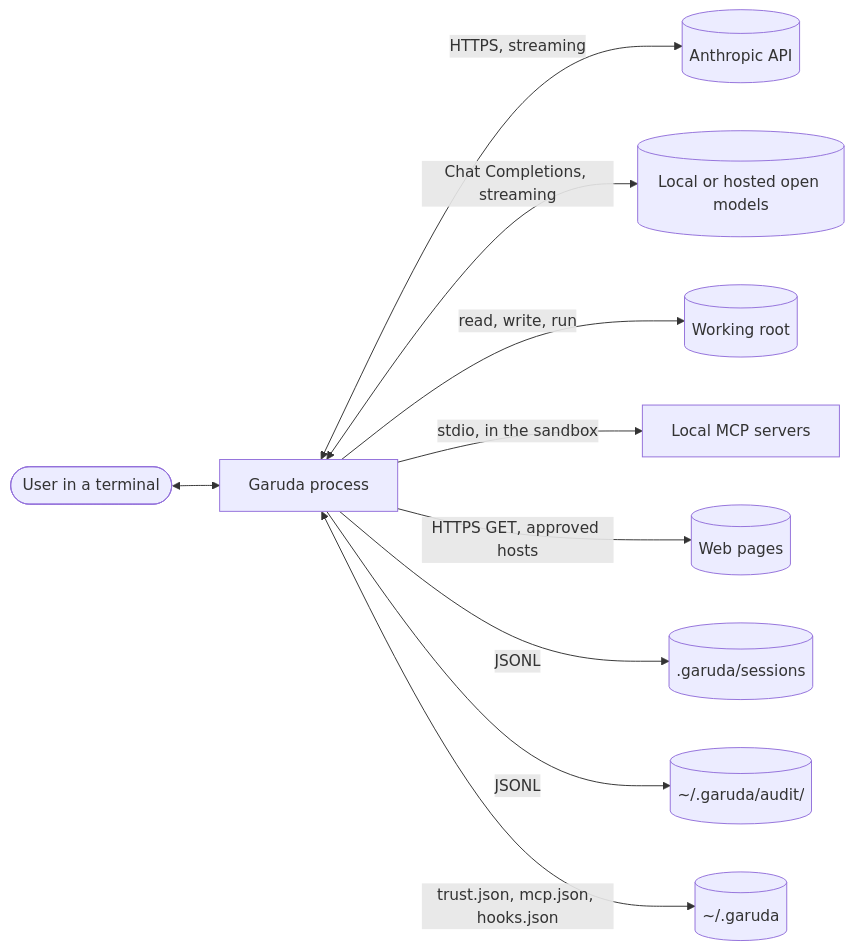
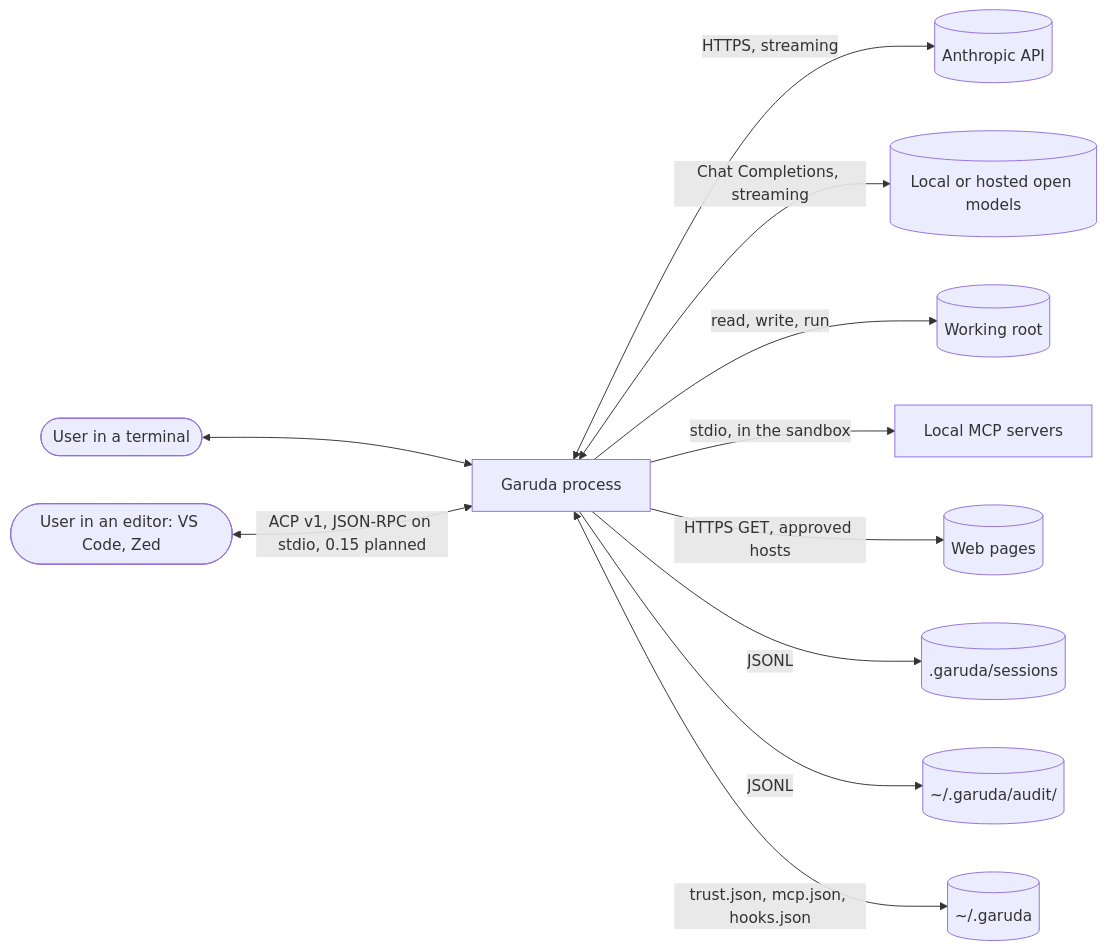
Before and after one commit to madhu-sv/garuda: the first of 3 diagrams in docs/architecture.md, drawn with Mermaid. The commit also changed other lines of this file and 1 other file, not shown here.

First line of the commit message:
Design: ACP in the architecture and the high-level design

````diff
--- a/docs/architecture.md
+++ b/docs/architecture.md
@@ -12,12 +12,13 @@
 ```mermaid
 flowchart LR
   user([User in a terminal]) <--> garuda[Garuda process]
+  editor([User in an editor: VS Code, Zed]) <-->|ACP v1, JSON-RPC on stdio, 0.15 planned| garuda
   garuda <-->|HTTPS, streaming| api[(Anthropic API)]
   garuda <-->|Chat Completions, streaming| oss[(Local or hosted open models)]
   garuda -->|read, write, run| repo[(Working root)]
   garuda -->|stdio, in the sandbox| mcp[Local MCP servers]
   garuda -->|HTTPS GET, approved hosts| web[(Web pages)]
   garuda -->|JSONL| sessions[(.garuda/sessions)]
   garuda -->|JSONL| audit[(~/.garuda/audit/)]
   garuda <-->|trust.json, mcp.json, hooks.json| home[(~/.garuda)]
 ```
````
